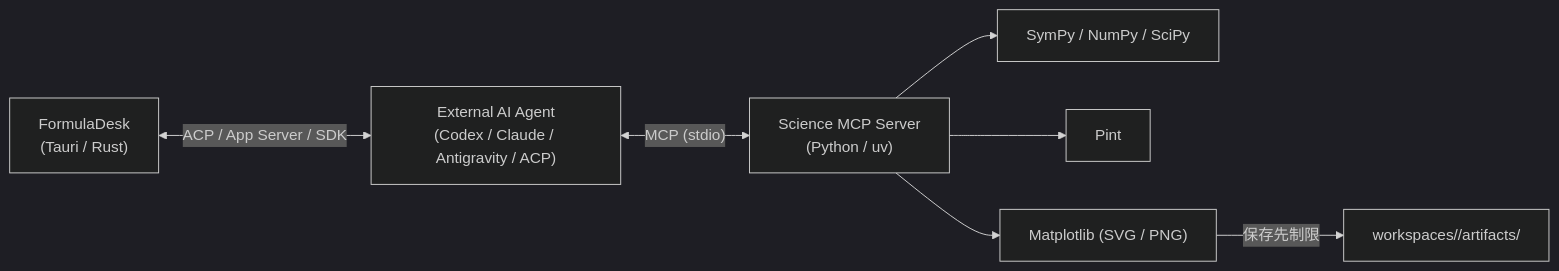
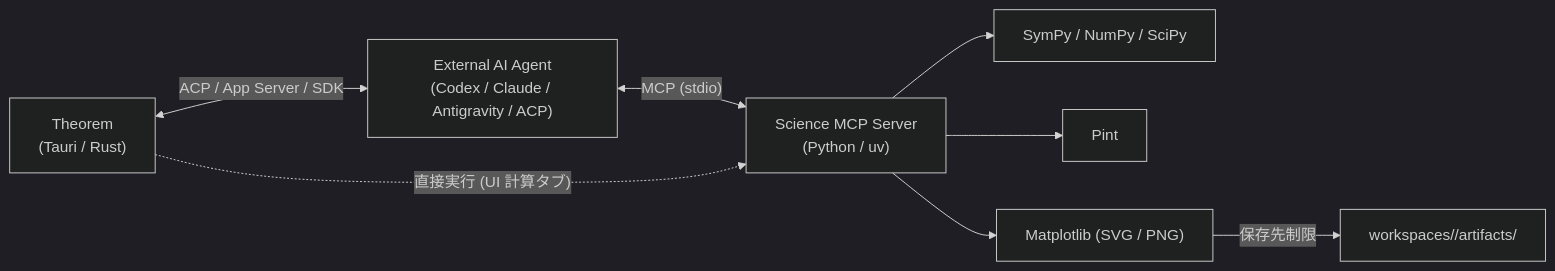
The diagram in docs/science-mcp.md (sskohei/Theorem), drawn with Mermaid (dark theme) before and after one commit. The commit also changed other lines of this file and 64 other files, not shown here.

````diff
--- a/docs/science-mcp.md
+++ b/docs/science-mcp.md
@@ -15,9 +15,10 @@
 ```mermaid
 flowchart LR
-    FD["FormulaDesk<br/>(Tauri / Rust)"] <-->|"ACP / App Server / SDK"| AG["External AI Agent<br/>(Codex / Claude / Antigravity / ACP)"]
+    FD["Theorem<br/>(Tauri / Rust)"] <-->|"ACP / App Server / SDK"| AG["External AI Agent<br/>(Codex / Claude / Antigravity / ACP)"]
     AG <-->|"MCP (stdio)"| MCP["Science MCP Server<br/>(Python / uv)"]
+    FD -.->|"直接実行 (UI 計算タブ)"| MCP
     MCP --> Sym["SymPy / NumPy / SciPy"]
     MCP --> Pint["Pint"]
     MCP --> Plt["Matplotlib (SVG / PNG)"]
     Plt -->|"保存先制限"| Art["workspaces/<session>/artifacts/"]
 ```
````
